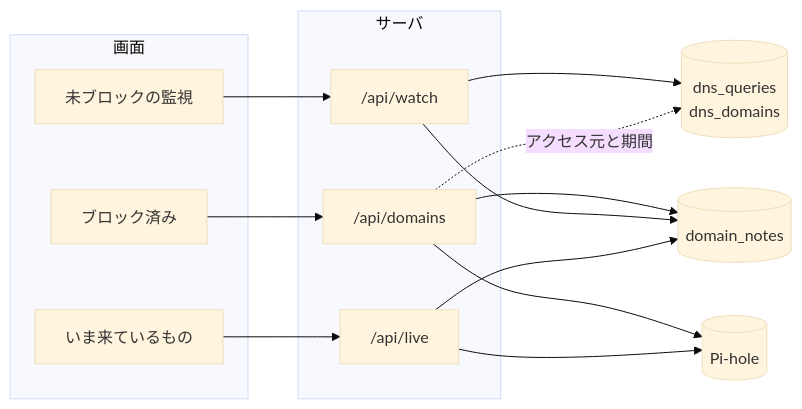
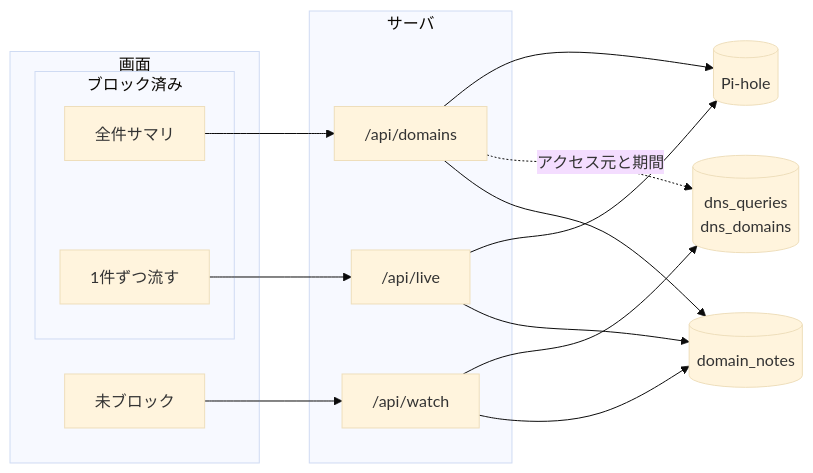
The third of 6 diagrams in docs/architecture.md (rtcode337/pihole-monitor), drawn with Mermaid (base theme) before and after one commit. The commit also changed other lines of this file and 4 other files, not shown here.

````diff
--- a/docs/architecture.md
+++ b/docs/architecture.md
@@ -142,24 +145,26 @@
 ```mermaid
 flowchart LR
     subgraph 画面
-      T1[ブロック済み]
-      T2[未ブロックの監視]
-      T3[いま来ているもの]
+      subgraph ブロック済み
+        T1[全件サマリ]
+        T3[1件ずつ流す]
+      end
+      T2[未ブロック]
     end
     subgraph サーバ
       A["/api/domains"]
       W["/api/watch"]
       L["/api/live"]
     end
     P[(Pi-hole)]
     Q[(dns_queries<br/>dns_domains)]
     N[(domain_notes)]
 
     T1 --> A --> P
     T2 --> W --> Q
     T3 --> L --> P
     A -.->|アクセス元と期間| Q
     A --> N
     W --> N
     L --> N
 ```
````
